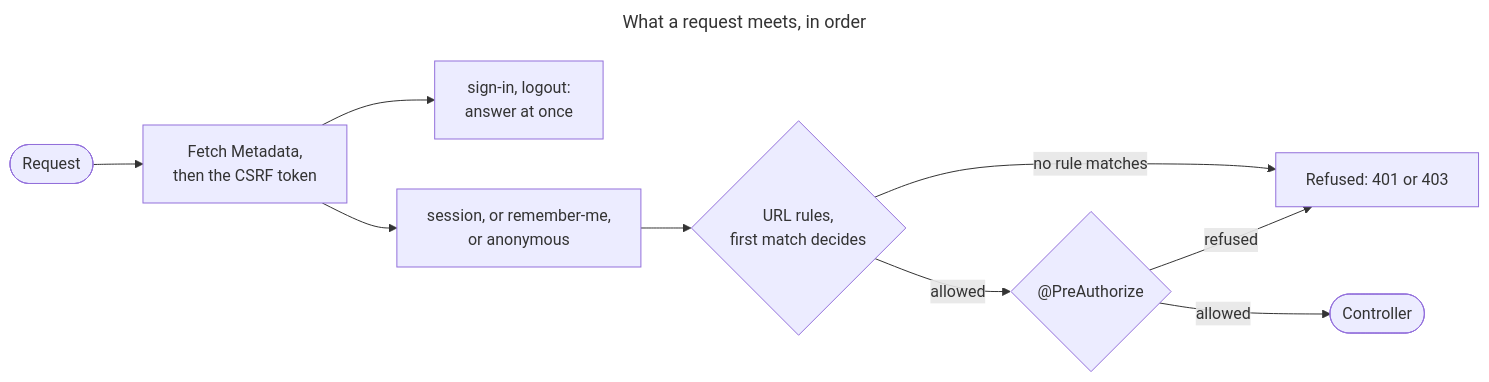
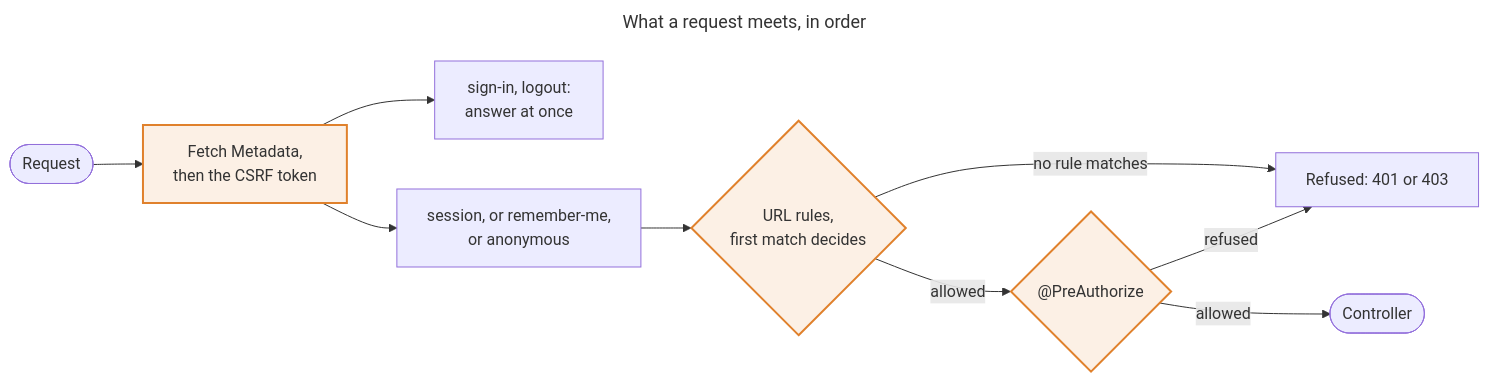
Before and after one commit to mboisnard/drinkit: the second of 7 diagrams in docs/content/en/3.reference/2.security/1.principles.md, drawn with Mermaid. The commit also changed other lines of this file and 8 other files, not shown here.

First line of the commit message:
[DOCUMENTATION] Draw the diagrams as simply as the A+ design (#666)

````diff
--- a/docs/content/en/3.reference/2.security/1.principles.md
+++ b/docs/content/en/3.reference/2.security/1.principles.md
@@ -122,14 +86,15 @@
 ```mermaid
 ---
 title: What a request meets, in order
 ---
 flowchart LR
-  request([Request]) --> forgery["Fetch Metadata,<br/>then the CSRF token"]
+  request([Request]) --> forgery["Fetch Metadata,<br/>then the CSRF token"]:::enforce
   forgery --> starterEndpoints["sign-in, logout:<br/>answer at once"]
   forgery --> identify["session, or remember-me,<br/>or anonymous"]
-  identify --> url{"URL rules,<br/>first match decides"}
+  identify --> url{"URL rules,<br/>first match decides"}:::enforce
   url -- "no rule matches" --> refused["Refused: 401 or 403"]
-  url -- allowed --> method{"@PreAuthorize"}
+  url -- allowed --> method{"@PreAuthorize"}:::enforce
   method -- refused --> refused
   method -- allowed --> controller([Controller])
+  classDef enforce fill:#e0812c1f,stroke:#e0812c,stroke-width:2px
 ```
````
